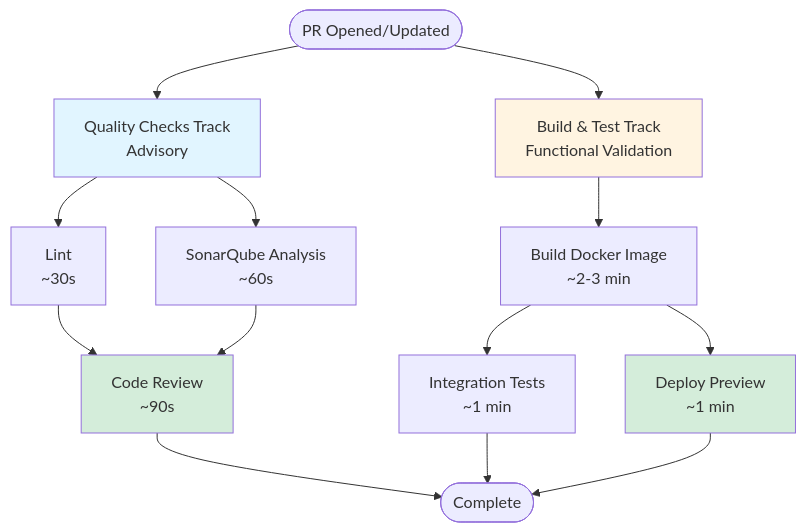
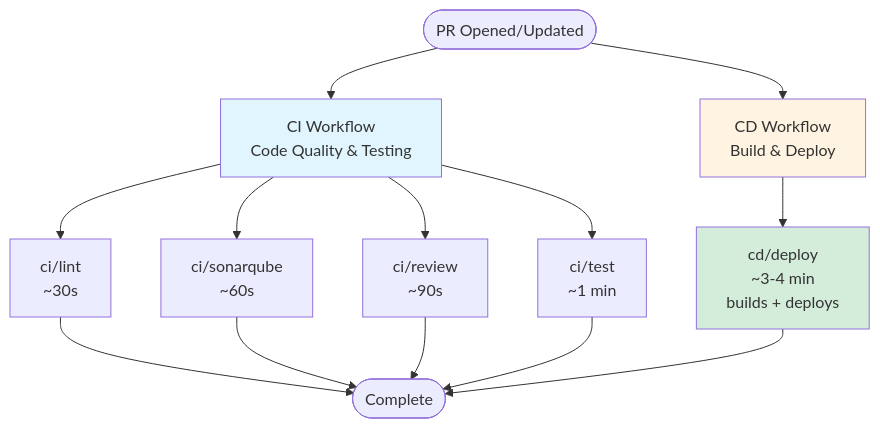
Before and after one commit to jalantechnologies/node-react-template: the diagram in docs/deployment.md, drawn with Mermaid. The commit also changed other lines of this file and 4 other files, not shown here.

````diff
--- a/docs/deployment.md
+++ b/docs/deployment.md
@@ -11,26 +11,24 @@
 ```mermaid
 graph TB
     Start([PR Opened/Updated])
 
-    Start --> QualityTrack[Quality Checks Track<br/>Advisory]
-    Start --> BuildTrack[Build & Test Track<br/>Functional Validation]
+    Start --> CI[CI Workflow<br/>Code Quality & Testing]
+    Start --> CD[CD Workflow<br/>Build & Deploy]
 
-    QualityTrack --> Lint[Lint<br/>~30s]
-    QualityTrack --> Sonar[SonarQube Analysis<br/>~60s]
+    CI --> Lint[ci/lint<br/>~30s]
+    CI --> Sonar[ci/sonarqube<br/>~60s]
+    CI --> Review[ci/review<br/>~90s]
+    CI --> Test[ci/test<br/>~1 min]
 
-    Lint --> CodeReview[Code Review<br/>~90s]
-    Sonar --> CodeReview
+    CD --> Deploy[cd/deploy<br/>~3-4 min<br/>builds + deploys]
 
-    BuildTrack --> Build[Build Docker Image<br/>~2-3 min]
-    Build --> Tests[Integration Tests<br/>~1 min]
-    Build --> Deploy[Deploy Preview<br/>~1 min]
-
-    CodeReview --> End([Complete])
-    Tests --> End
+    Lint --> End([Complete])
+    Sonar --> End
+    Review --> End
+    Test --> End
     Deploy --> End
 
-    style QualityTrack fill:#e1f5ff
-    style BuildTrack fill:#fff4e1
-    style CodeReview fill:#d4edda
+    style CI fill:#e1f5ff
+    style CD fill:#fff4e1
     style Deploy fill:#d4edda
 ```
````
